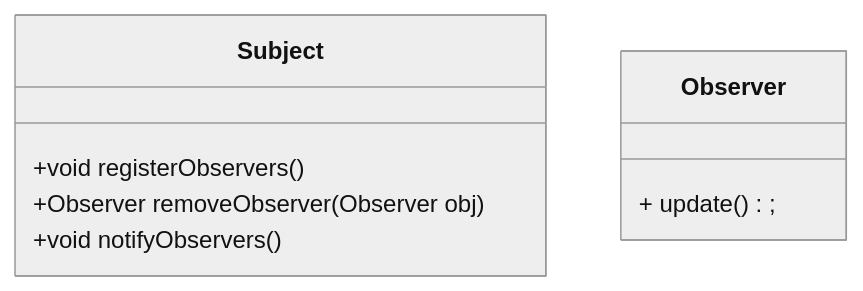
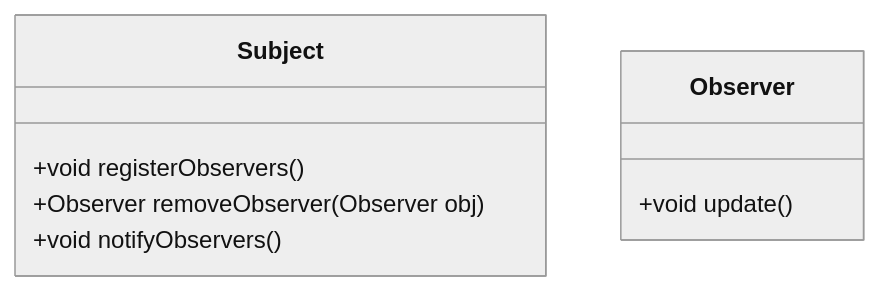
The second of 2 diagrams in observerpattern.md (sovan92/LowLevelDesignDocuments), drawn with Mermaid (neutral theme) before and after one commit.

````diff
--- a/observerpattern.md
+++ b/observerpattern.md
@@ -30,16 +30,16 @@
 ```mermaid
 
 classDiagram
     direction TB
     class Subject {
 
         +void registerObservers()
         +Observer removeObserver(Observer obj)
         +void notifyObservers()  
     }
 
     class Observer {
-        + update();
+        +void update()
     }
 
 ```
````
